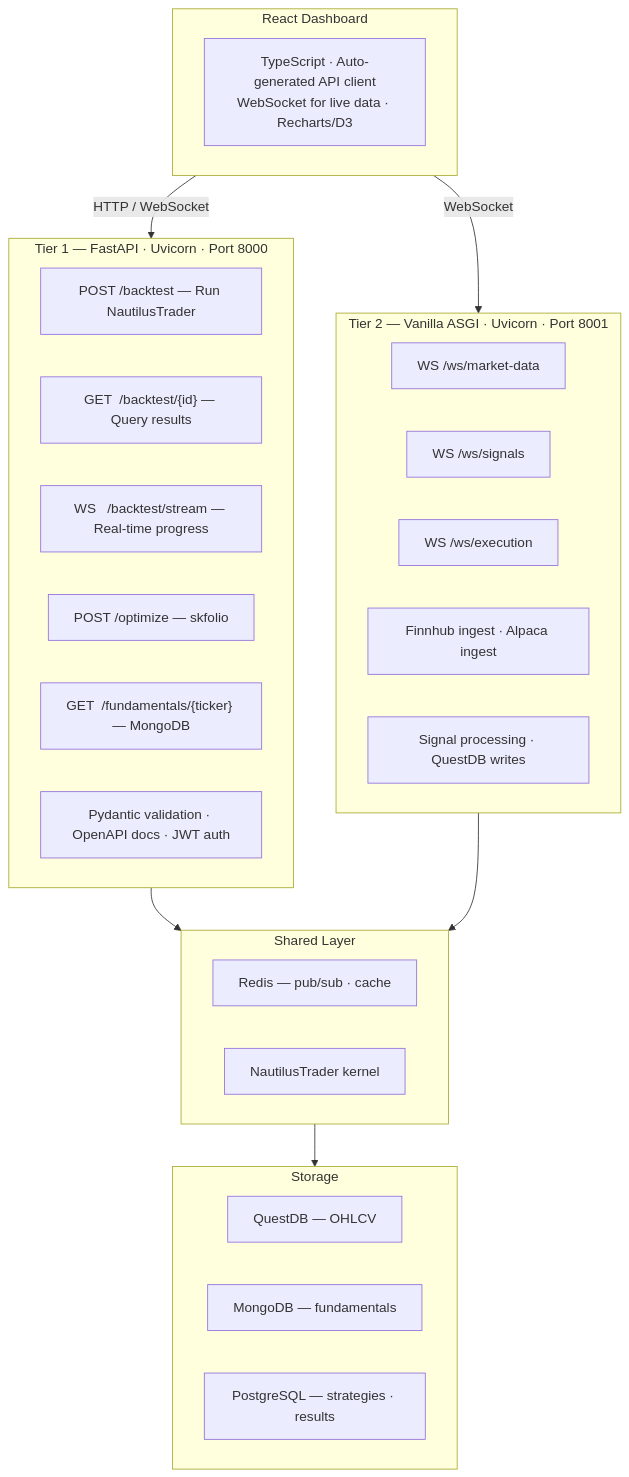
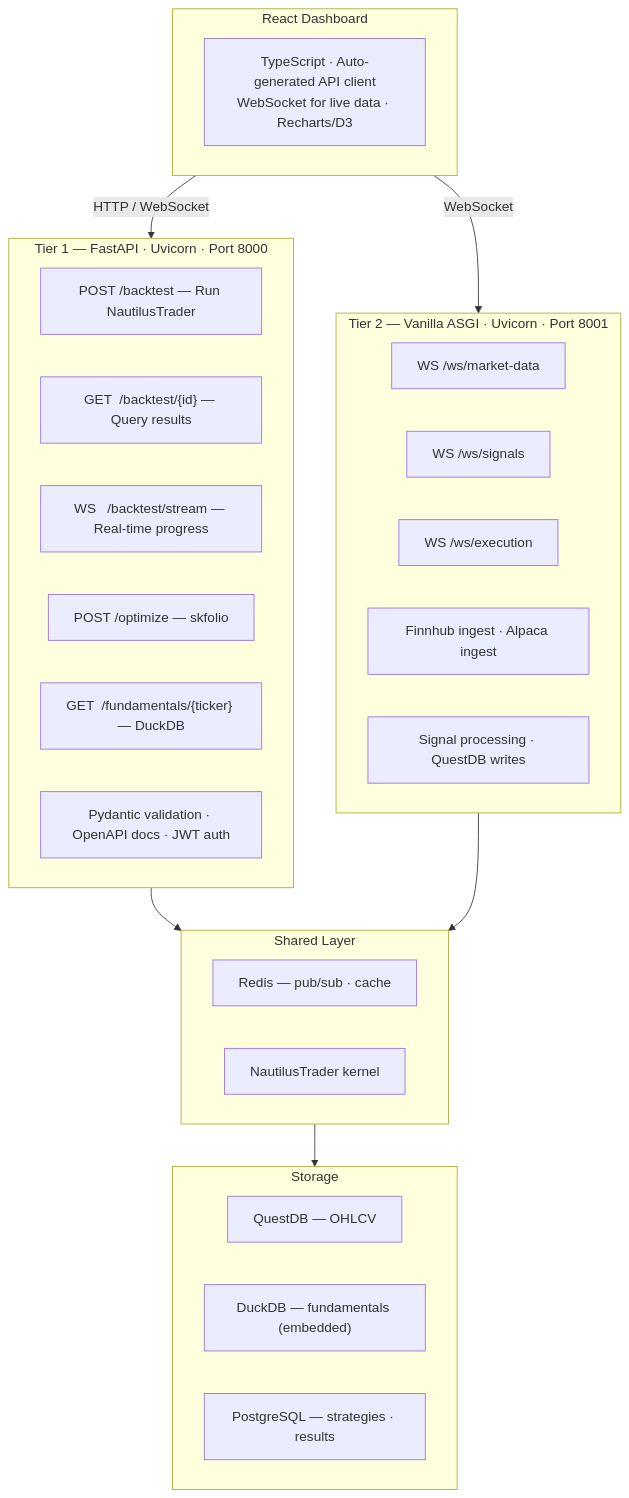
The second of 2 diagrams in asgi_web_server.md (huydhoang/quantlens-docs), drawn with Mermaid before and after one commit. The commit also changed other lines of this file and 6 other files, not shown here.

Commit message:
Replace MongoDB with DuckDB for fundamentals storage, add hybrid DuckDB+LanceDB architecture for LLM analysis

````diff
--- a/asgi_web_server.md
+++ b/asgi_web_server.md
@@ -468,42 +468,42 @@
 ```mermaid
 flowchart TD
     subgraph frontend["React Dashboard"]
         FE["TypeScript · Auto-generated API client\nWebSocket for live data · Recharts/D3"]
     end
 
     frontend -->|HTTP / WebSocket| tier1
     frontend -->|WebSocket| tier2
 
     subgraph tier1["Tier 1 — FastAPI · Uvicorn · Port 8000"]
         T1A["POST /backtest — Run NautilusTrader"]
         T1B["GET  /backtest/&lbrace;id&rbrace; — Query results"]
         T1C["WS   /backtest/stream — Real-time progress"]
         T1D["POST /optimize — skfolio"]
-        T1E["GET  /fundamentals/&lbrace;ticker&rbrace; — MongoDB"]
+        T1E["GET  /fundamentals/&lbrace;ticker&rbrace; — DuckDB"]
         T1F["Pydantic validation · OpenAPI docs · JWT auth"]
     end
 
     subgraph tier2["Tier 2 — Vanilla ASGI · Uvicorn · Port 8001"]
         T2A["WS /ws/market-data"]
         T2B["WS /ws/signals"]
         T2C["WS /ws/execution"]
         T2D["Finnhub ingest · Alpaca ingest"]
         T2E["Signal processing · QuestDB writes"]
     end
 
     tier1 --> shared
     tier2 --> shared
 
     subgraph shared["Shared Layer"]
         SH1["Redis — pub/sub · cache"]
         SH2["NautilusTrader kernel"]
     end
 
     shared --> storage
 
     subgraph storage["Storage"]
         DB1["QuestDB — OHLCV"]
-        DB3["MongoDB — fundamentals"]
+        DB3["DuckDB — fundamentals (embedded)"]
         DB4["PostgreSQL — strategies · results"]
     end
 ```
````
